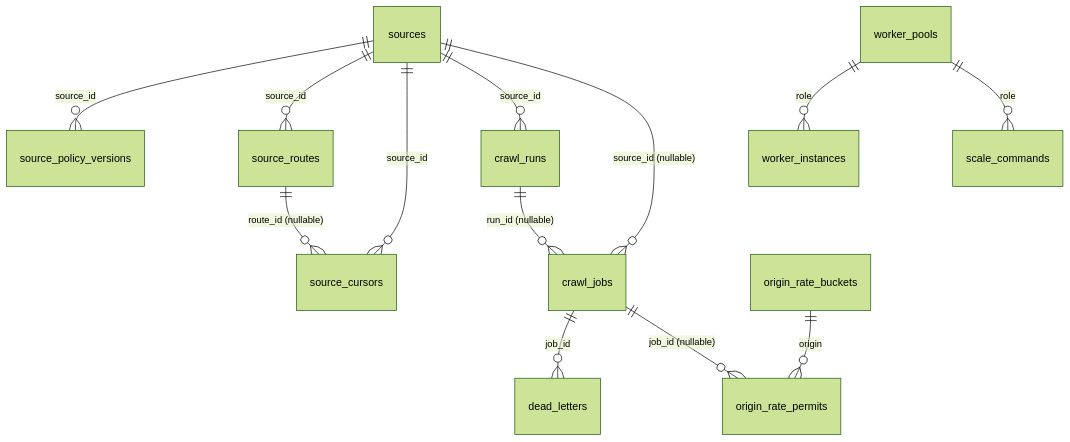
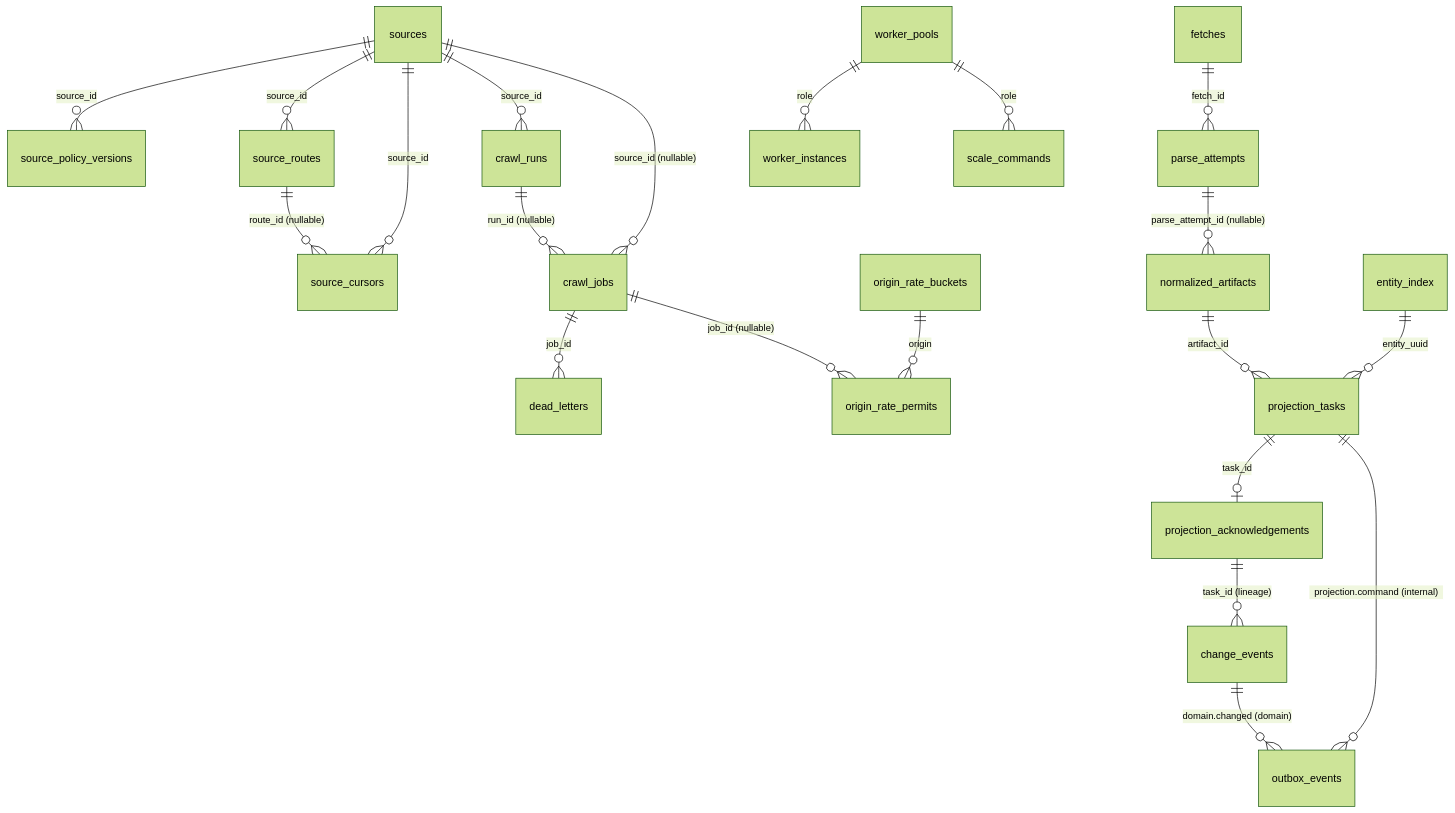
The diagram in docs/persistence/postgres.md (sql-monk/ua-web-data-collector-spec), drawn with Mermaid (forest theme) before and after one commit. The commit also changed other lines of this file and 8 other files, not shown here.

````diff
--- a/docs/persistence/postgres.md
+++ b/docs/persistence/postgres.md
@@ -38,15 +52,23 @@
 ```mermaid
 erDiagram
     sources ||--o{ source_policy_versions : "source_id"
     sources ||--o{ source_routes : "source_id"
     sources ||--o{ source_cursors : "source_id"
     sources ||--o{ crawl_runs : "source_id"
     sources ||--o{ crawl_jobs : "source_id (nullable)"
     source_routes ||--o{ source_cursors : "route_id (nullable)"
     crawl_runs ||--o{ crawl_jobs : "run_id (nullable)"
     crawl_jobs ||--o{ dead_letters : "job_id"
     crawl_jobs ||--o{ origin_rate_permits : "job_id (nullable)"
     origin_rate_buckets ||--o{ origin_rate_permits : "origin"
     worker_pools ||--o{ worker_instances : "role"
     worker_pools ||--o{ scale_commands : "role"
+    fetches ||--o{ parse_attempts : "fetch_id"
+    parse_attempts ||--o{ normalized_artifacts : "parse_attempt_id (nullable)"
+    normalized_artifacts ||--o{ projection_tasks : "artifact_id"
+    projection_tasks ||--o| projection_acknowledgements : "task_id"
+    projection_tasks ||--o{ outbox_events : "projection.command (internal)"
+    projection_acknowledgements ||--o{ change_events : "task_id (lineage)"
+    change_events ||--o{ outbox_events : "domain.changed (domain)"
+    entity_index ||--o{ projection_tasks : "entity_uuid"
 ```
````
